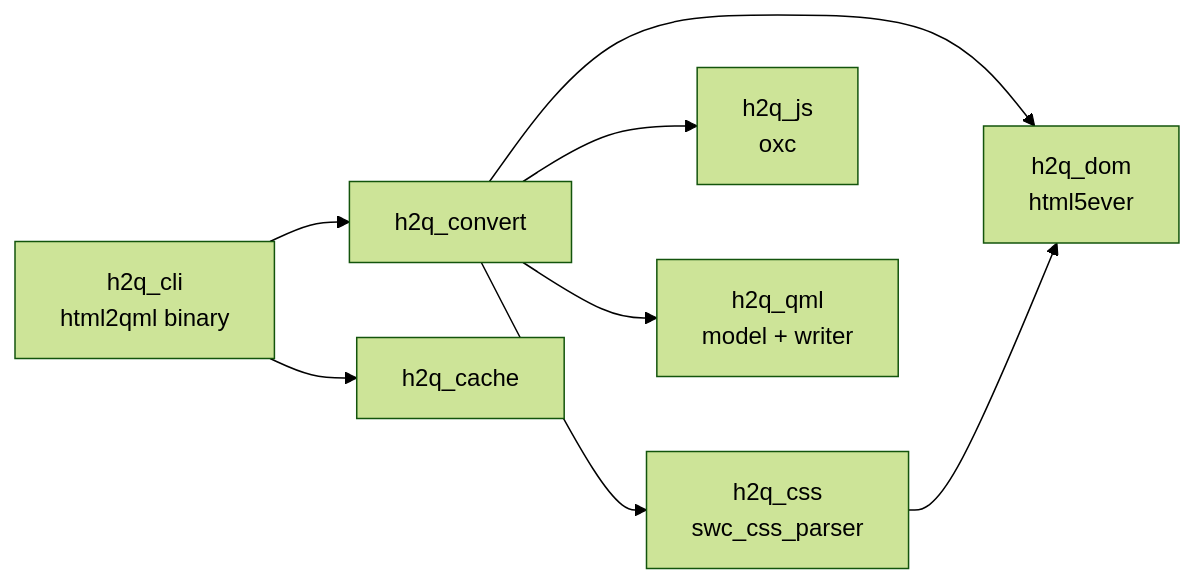
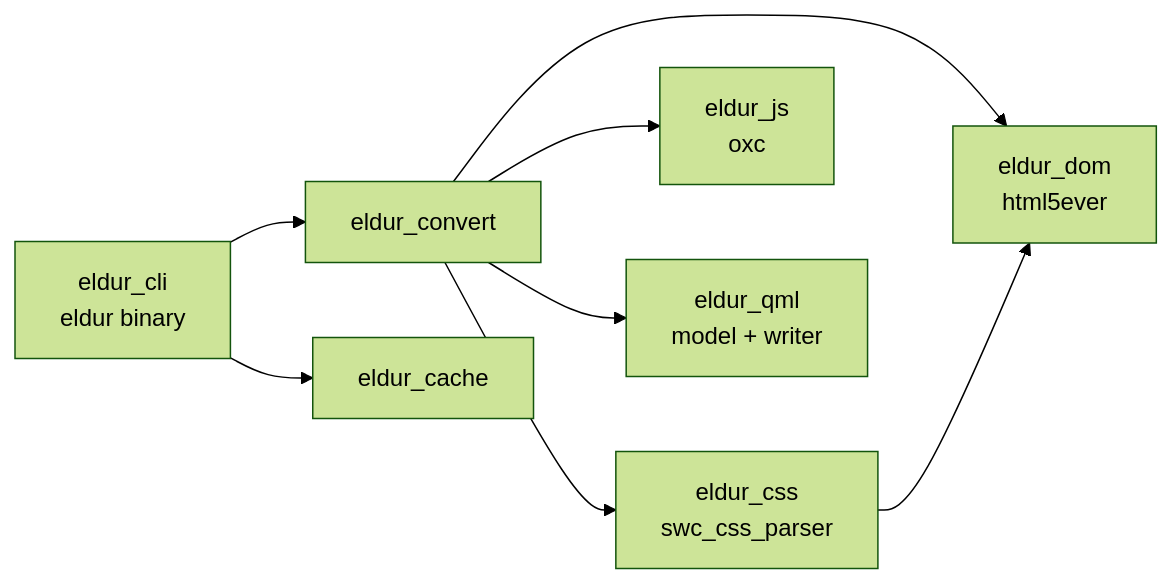
Before and after one commit to hal-c2/eldur: the diagram in docs/ARCHITECTURE.md, drawn with Mermaid (forest theme). The commit also changed other lines of this file and 6 other files, not shown here.

Commit message:
docs: name the project Eldur (formerly html-2-qml)

````diff
--- a/docs/ARCHITECTURE.md
+++ b/docs/ARCHITECTURE.md
@@ -20,10 +22,10 @@
 ```mermaid
 flowchart LR
-    cli[h2q_cli<br/>html2qml binary] --> convert[h2q_convert]
-    cli --> cache[h2q_cache]
-    convert --> dom[h2q_dom<br/>html5ever]
-    convert --> css[h2q_css<br/>swc_css_parser]
-    convert --> js[h2q_js<br/>oxc]
-    convert --> qml[h2q_qml<br/>model + writer]
+    cli[eldur_cli<br/>eldur binary] --> convert[eldur_convert]
+    cli --> cache[eldur_cache]
+    convert --> dom[eldur_dom<br/>html5ever]
+    convert --> css[eldur_css<br/>swc_css_parser]
+    convert --> js[eldur_js<br/>oxc]
+    convert --> qml[eldur_qml<br/>model + writer]
     css --> dom
 ```
````
